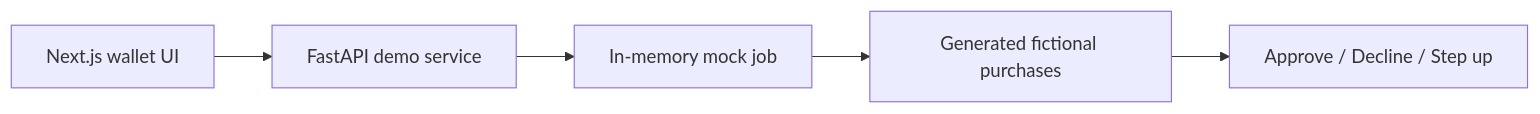
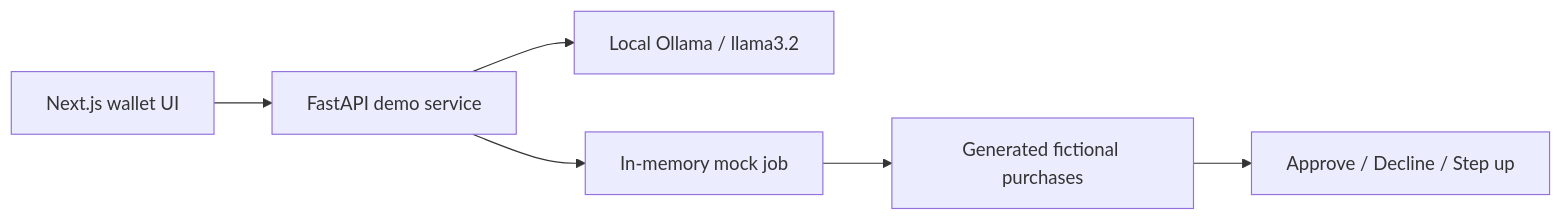
Before and after one commit to makedoniaz/leash-agentic-commerce: the diagram in README.md, drawn with Mermaid. The commit also changed other lines of this file and 5 other files, not shown here.

Commit message:
Add local ollama model

````diff
--- a/README.md
+++ b/README.md
@@ -19,7 +30,8 @@
 ```mermaid
 flowchart LR
     A[Next.js wallet UI] --> B[FastAPI demo service]
-    B --> C[In-memory mock job]
-    C --> D[Generated fictional purchases]
-    D --> E[Approve / Decline / Step up]
+    B --> C[Local Ollama / llama3.2]
+    B --> D[In-memory mock job]
+    D --> E[Generated fictional purchases]
+    E --> F[Approve / Decline / Step up]
 ```
````
